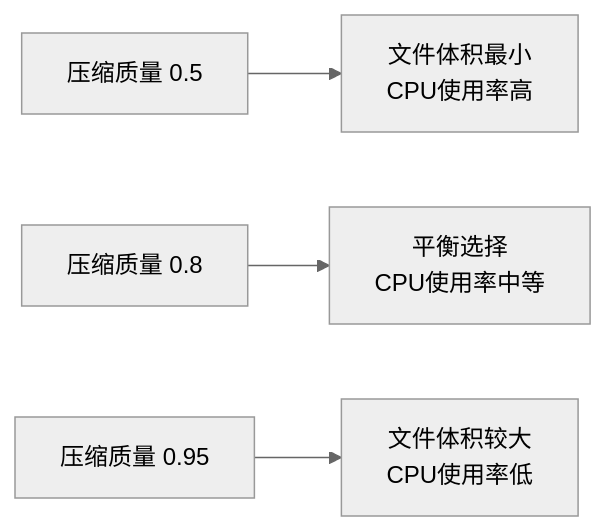
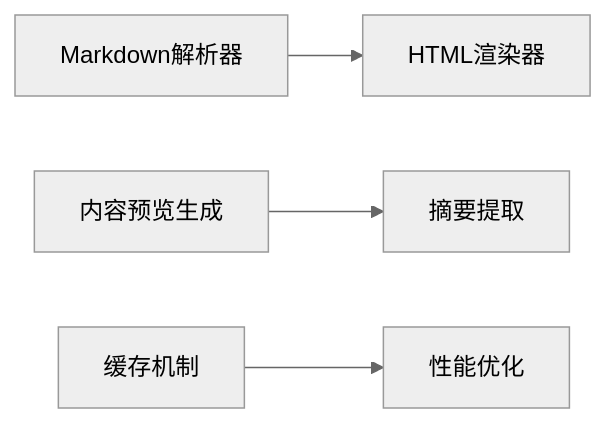
Before and after one commit to QoderZcy/zcyTest2: the fourth of 5 diagrams in .qoder/repowiki/zh/content/配置指南/配置指南.md, drawn with Mermaid (neutral theme). The commit also changed other lines of this file and 9 other files, not shown here.

````diff
--- a/.qoder/repowiki/zh/content/配置指南/配置指南.md
+++ b/.qoder/repowiki/zh/content/配置指南/配置指南.md
@@ -490,6 +994,6 @@
 ```mermaid
 graph LR
-A[压缩质量 0.5] --> B[文件体积最小<br/>CPU使用率高]
-C[压缩质量 0.8] --> D[平衡选择<br/>CPU使用率中等]
-E[压缩质量 0.95] --> F[文件体积较大<br/>CPU使用率低]
+A[Markdown解析器] --> B[HTML渲染器]
+C[内容预览生成] --> D[摘要提取]
+E[缓存机制] --> F[性能优化]
 ```
````
